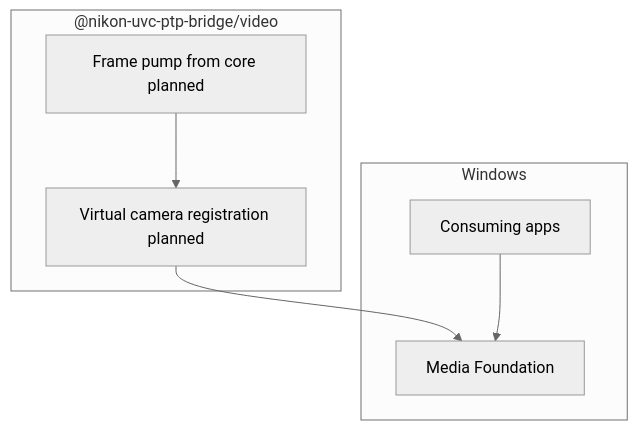
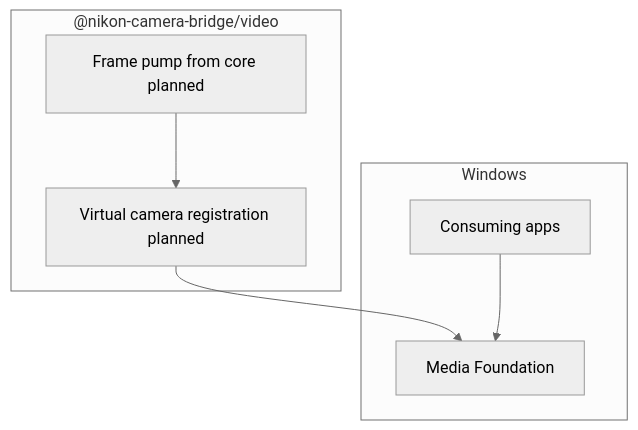
Before and after one commit to AMDphreak/nikon-camera-bridge: the diagram in packages/video/README.md, drawn with Mermaid (neutral theme). The commit also changed other lines of this file and 26 other files, not shown here.

First line of the commit message:
Rename project to nikon-camera-bridge (repo slug, pnpm scope, branding)

````diff
--- a/packages/video/README.md
+++ b/packages/video/README.md
@@ -9,16 +9,16 @@
 ```mermaid
 flowchart TB
   subgraph windows["Windows"]
     MF[Media Foundation]
     Zoom[Consuming apps]
   end
 
-  subgraph video["@nikon-uvc-ptp-bridge/video"]
+  subgraph video["@nikon-camera-bridge/video"]
     Reg[Virtual camera registration planned]
     Pump[Frame pump from core planned]
   end
 
   Pump --> Reg
   Reg --> MF
   Zoom --> MF
 ```
````
